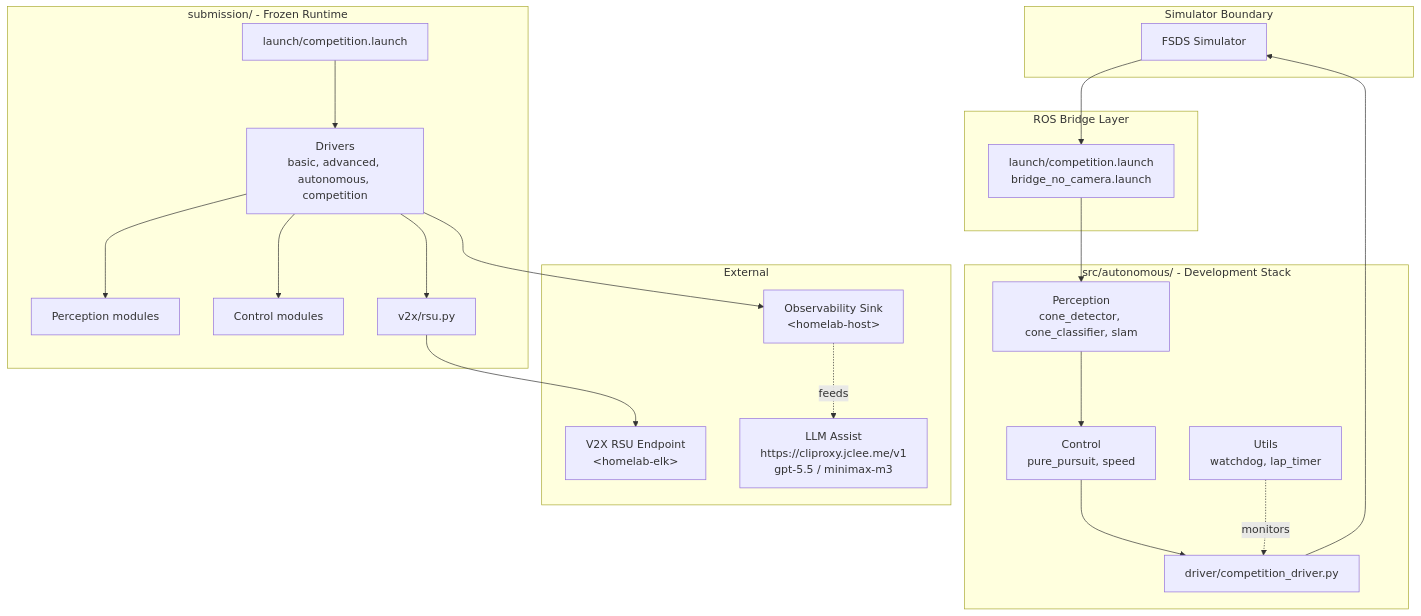
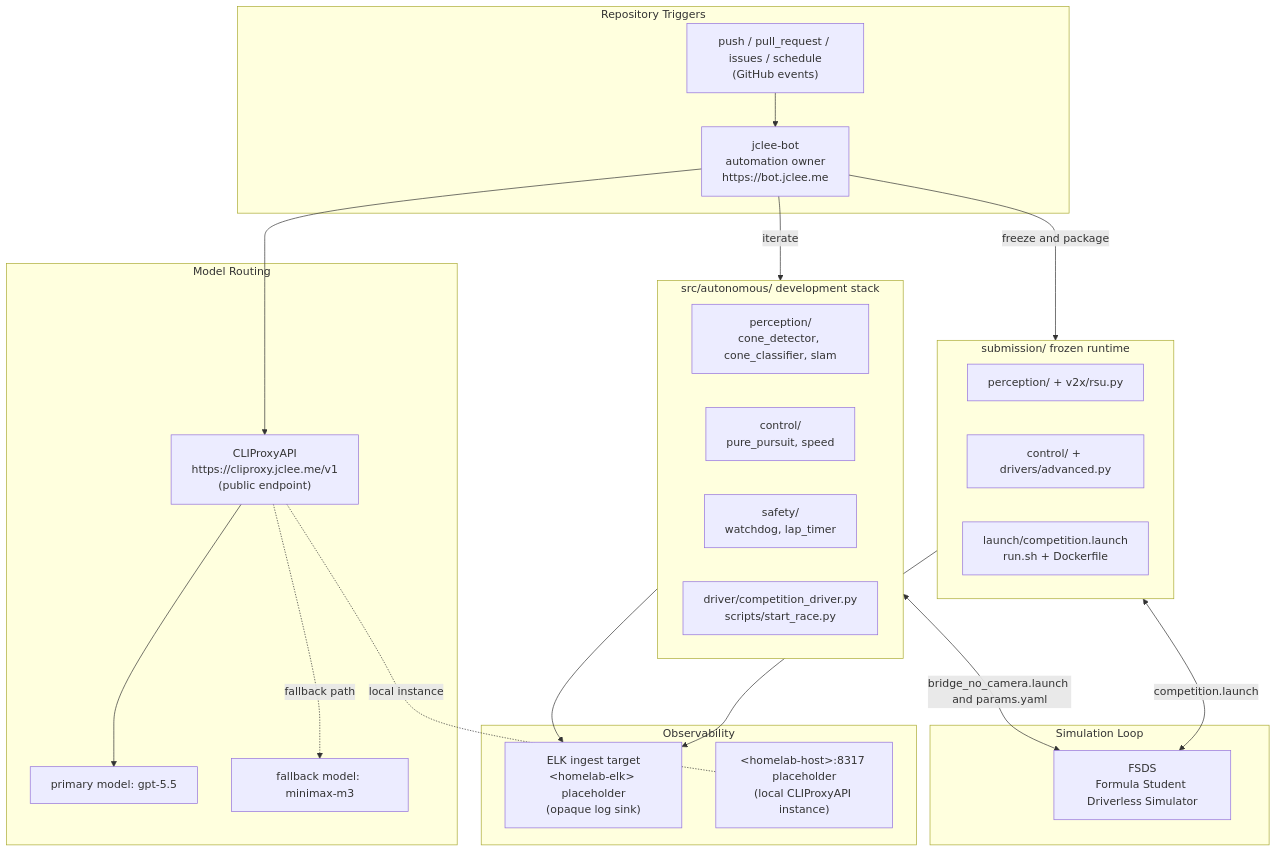
The diagram in README.md (jclee941/hycu_fsds), drawn with Mermaid before and after one commit. The commit also changed other lines of this file, not shown here.

````diff
--- a/README.md
+++ b/README.md
@@ -70,47 +69,47 @@
 ```mermaid
 flowchart TB
-    subgraph Sim [Simulator Boundary]
-        FSDS["FSDS Simulator"]
-    end
+  subgraph Triggers["Repository Triggers"]
+    ev["push / pull_request / issues / schedule<br/>(GitHub events)"]
+    owner["jclee-bot<br/>automation owner<br/>https://bot.jclee.me"]
+  end
 
-    subgraph Bridge [ROS Bridge Layer]
-        LAUNCH["launch/competition.launch<br/>bridge_no_camera.launch"]
-    end
+  subgraph Models["Model Routing"]
+    proxy["CLIProxyAPI<br/>https://cliproxy.jclee.me/v1<br/>(public endpoint)"]
+    primary["primary model: gpt-5.5"]
+    fallback["fallback model: minimax-m3"]
+  end
 
-    subgraph Dev [src/autonomous/ - Development Stack]
-        D_PERC["Perception<br/>cone_detector, cone_classifier, slam"]
-        D_CTRL["Control<br/>pure_pursuit, speed"]
-        D_UTIL["Utils<br/>watchdog, lap_timer"]
-        D_DRV["driver/competition_driver.py"]
-    end
+  subgraph Dev["src/autonomous/ development stack"]
+    dev_perc["perception/<br/>cone_detector, cone_classifier, slam"]
+    dev_ctrl["control/<br/>pure_pursuit, speed"]
+    dev_safe["safety/<br/>watchdog, lap_timer"]
+    dev_driver["driver/competition_driver.py<br/>scripts/start_race.py"]
+  end
 
-    subgraph Sub [submission/ - Frozen Runtime]
-        S_DRV["Drivers<br/>basic, advanced, autonomous, competition"]
-        S_PERC["Perception modules"]
-        S_CTRL["Control modules"]
-        S_V2X["v2x/rsu.py"]
-        S_LAUNCH["launch/competition.launch"]
-    end
+  subgraph Sub["submission/ frozen runtime"]
+    sub_perc["perception/ + v2x/rsu.py"]
+    sub_ctrl["control/ + drivers/advanced.py"]
+    sub_pack["launch/competition.launch<br/>run.sh + Dockerfile"]
+  end
 
-    subgraph Out [External]
-        RSU["V2X RSU Endpoint<br/>&lt;homelab-elk&gt;"]
-        OBS["Observability Sink<br/>&lt;homelab-host&gt;"]
-        MODEL["LLM Assist<br/>https://cliproxy.jclee.me/v1<br/>gpt-5.5 / minimax-m3"]
-    end
+  subgraph Sim["Simulation Loop"]
+    fsds["FSDS<br/>Formula Student Driverless Simulator"]
+  end
 
-    FSDS --> LAUNCH
-    LAUNCH --> D_PERC
-    D_PERC --> D_CTRL
-    D_CTRL --> D_DRV
-    D_UTIL -. monitors .-> D_DRV
-    D_DRV --> FSDS
+  subgraph Sink["Observability"]
+    elk["ELK ingest target<br/>&lt;homelab-elk&gt; placeholder<br/>(opaque log sink)"]
+    gw["&lt;homelab-host&gt;:8317 placeholder<br/>(local CLIProxyAPI instance)"]
+  end
 
-    S_LAUNCH --> S_DRV
-    S_DRV --> S_PERC
-    S_DRV --> S_CTRL
-    S_DRV --> S_V2X
-    S_V2X --> RSU
-    S_DRV --> OBS
-
-    OBS -. feeds .-> MODEL
+  ev --> owner
+  owner --> proxy
+  proxy --> primary
+  proxy -.fallback path.-> fallback
+  owner -->|iterate| Dev
+  owner -->|freeze and package| Sub
+  Dev <-->|bridge_no_camera.launch and params.yaml| fsds
+  Sub <-->|competition.launch| fsds
+  Dev --> elk
+  Sub --> elk
+  proxy -. local instance .- gw
 ```
````
